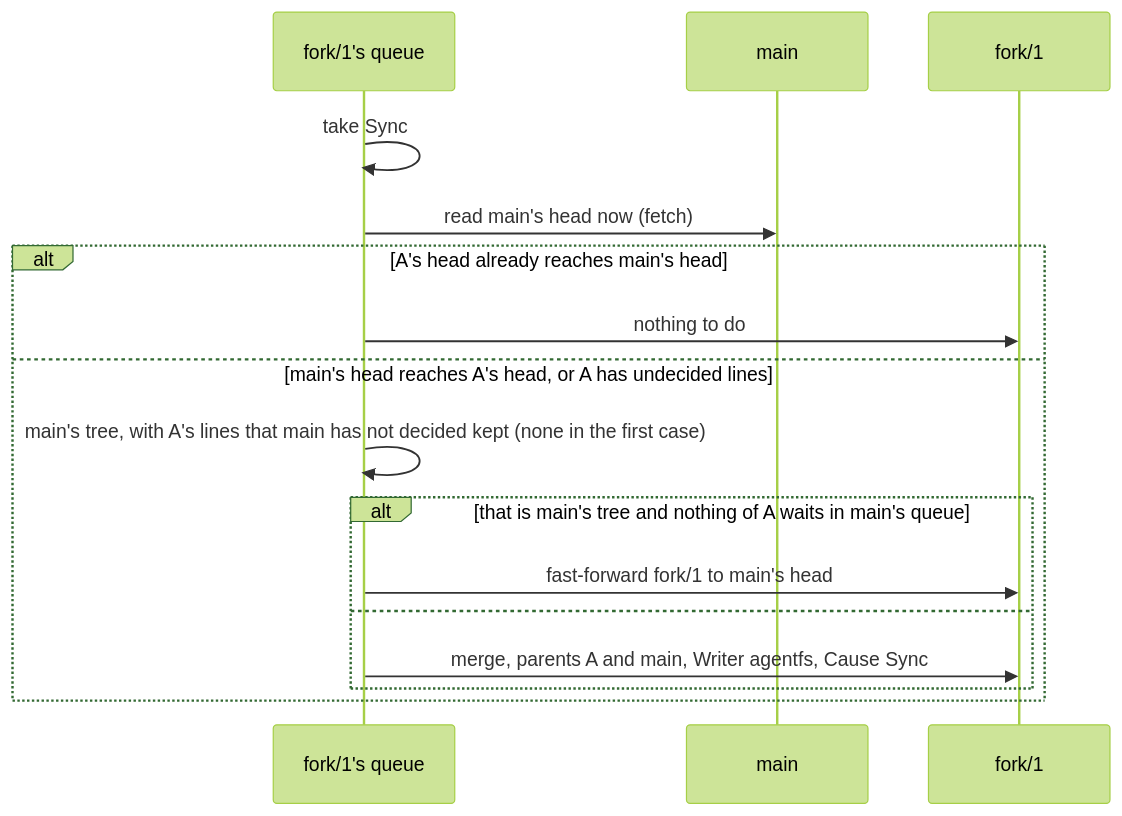
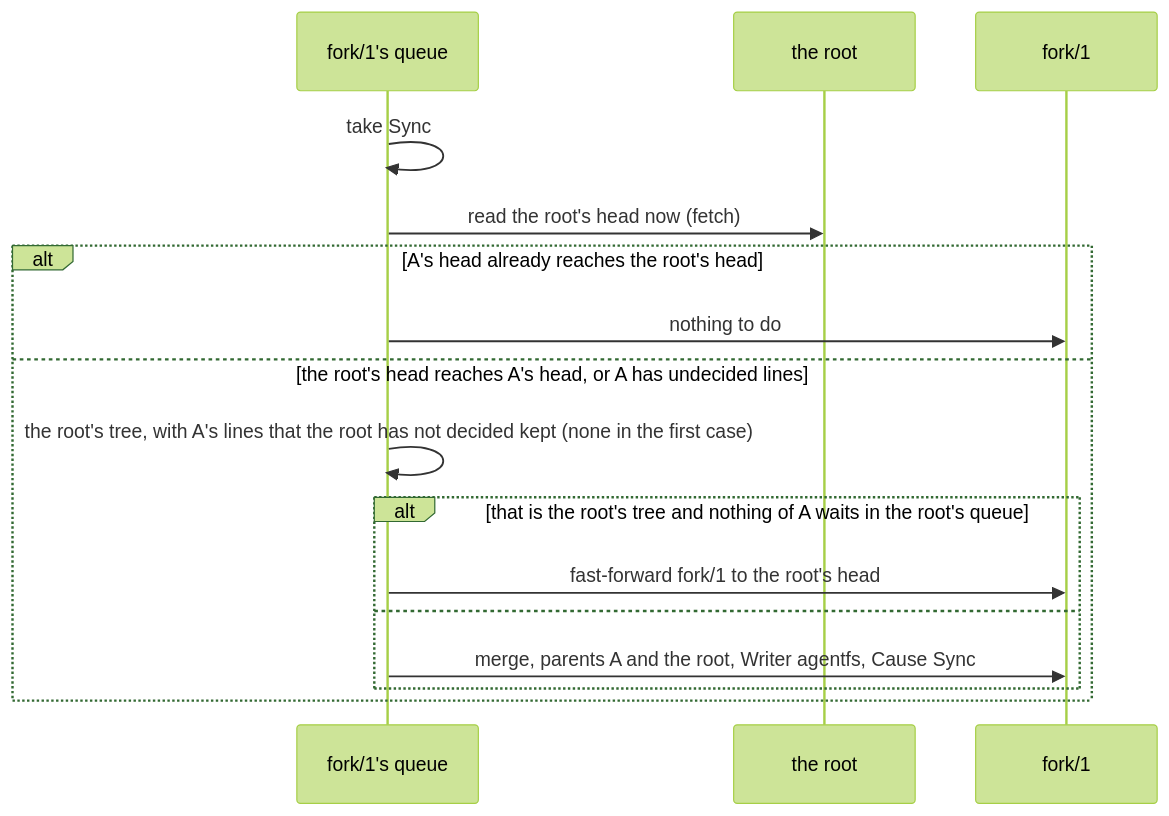
Before and after one commit to mcurcio/agentfs: the fifth of 7 diagrams in docs/target-architecture/git-model.md, drawn with Mermaid (forest theme). The commit also changed other lines of this file and 20 other files, not shown here.

````diff
--- a/docs/target-architecture/git-model.md
+++ b/docs/target-architecture/git-model.md
@@ -591,18 +591,18 @@
 ```mermaid
 sequenceDiagram
   participant QA as fork/1's queue
-  participant M as main
+  participant M as the root
   participant A as fork/1
   QA->>QA: take Sync
-  QA->>M: read main's head now (fetch)
-  alt A's head already reaches main's head
+  QA->>M: read the root's head now (fetch)
+  alt A's head already reaches the root's head
     QA->>A: nothing to do
-  else main's head reaches A's head, or A has undecided lines
-    QA->>QA: main's tree, with A's lines that main has not decided kept (none in the first case)
-    alt that is main's tree and nothing of A waits in main's queue
-      QA->>A: fast-forward fork/1 to main's head
+  else the root's head reaches A's head, or A has undecided lines
+    QA->>QA: the root's tree, with A's lines that the root has not decided kept (none in the first case)
+    alt that is the root's tree and nothing of A waits in the root's queue
+      QA->>A: fast-forward fork/1 to the root's head
     else
-      QA->>A: merge, parents A and main, Writer agentfs, Cause Sync
+      QA->>A: merge, parents A and the root, Writer agentfs, Cause Sync
     end
   end
 ```
````
